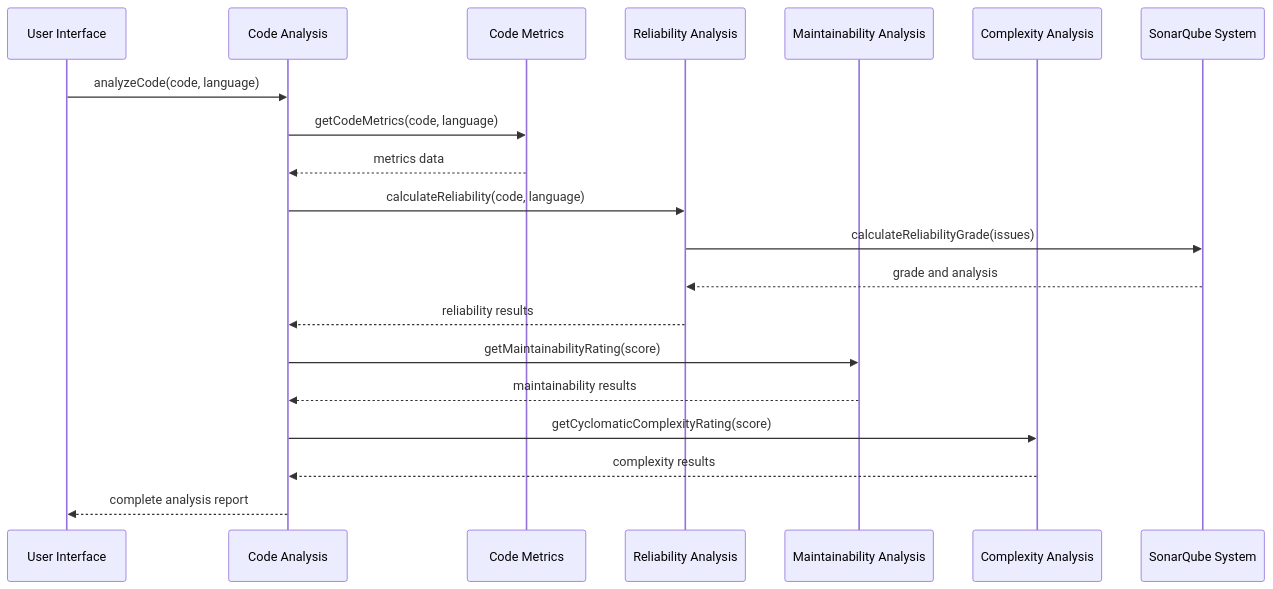
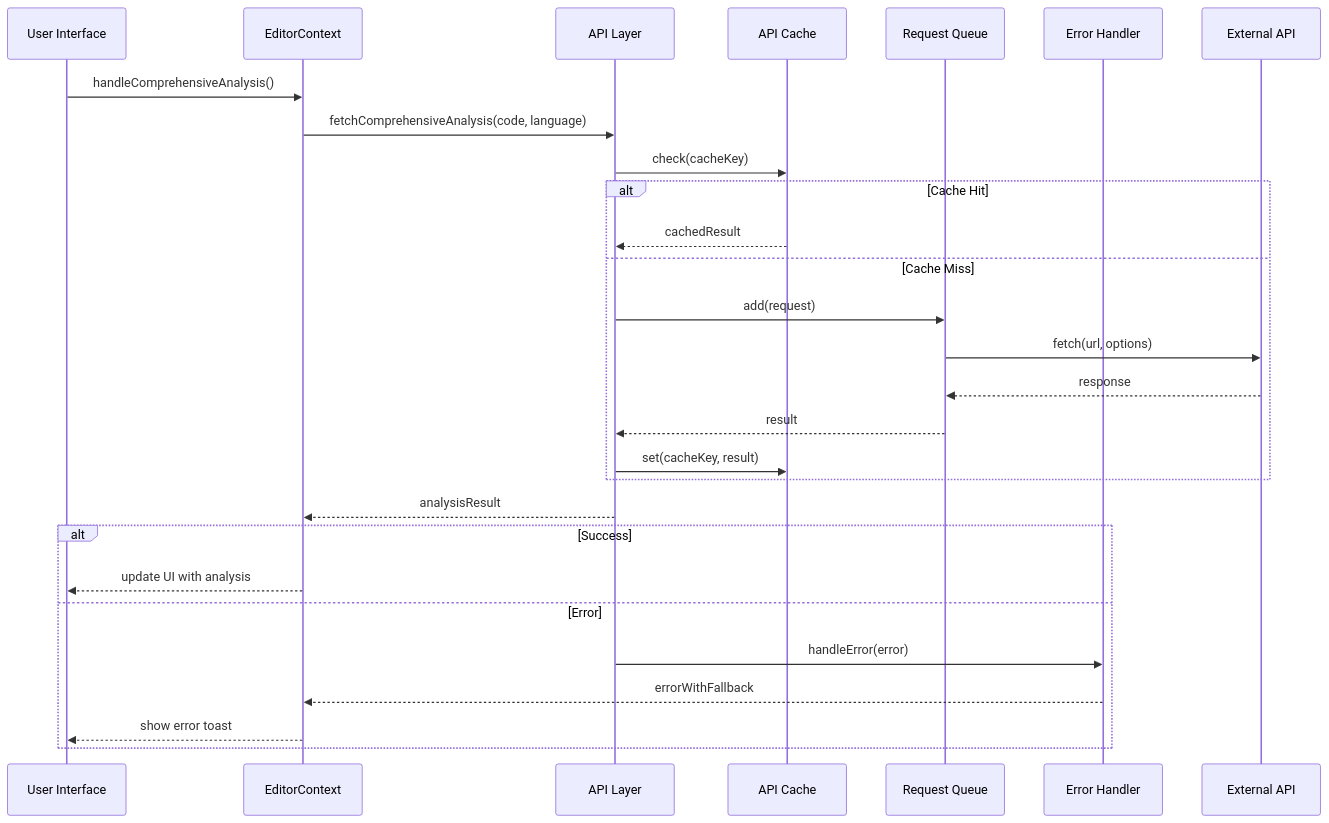
Before and after one commit to mandarborkar2304/Code-Quality-Tool: the second of 3 diagrams in docs/architecture.md, drawn with Mermaid. The commit also changed other lines of this file and 60 other files, not shown here.

First line of the commit message:
feat: add comprehensive code analysis and error handling

````diff
--- a/docs/architecture.md
+++ b/docs/architecture.md
@@ -95,27 +105,34 @@
 ```mermaid
 sequenceDiagram
     participant UI as User Interface
-    participant CA as Code Analysis
-    participant CM as Code Metrics
-    participant RA as Reliability Analysis
-    participant MA as Maintainability Analysis
-    participant CC as Complexity Analysis
-    participant SQ as SonarQube System
+    participant EC as EditorContext
+    participant API as API Layer
+    participant Cache as API Cache
+    participant Queue as Request Queue
+    participant EH as Error Handler
+    participant EA as External API
     
-    UI->>CA: analyzeCode(code, language)
-    CA->>CM: getCodeMetrics(code, language)
-    CM-->>CA: metrics data
+    UI->>EC: handleComprehensiveAnalysis()
+    EC->>API: fetchComprehensiveAnalysis(code, language)
+    API->>Cache: check(cacheKey)
     
-    CA->>RA: calculateReliability(code, language)
-    RA->>SQ: calculateReliabilityGrade(issues)
-    SQ-->>RA: grade and analysis
-    RA-->>CA: reliability results
+    alt Cache Hit
+        Cache-->>API: cachedResult
+    else Cache Miss
+        API->>Queue: add(request)
+        Queue->>EA: fetch(url, options)
+        EA-->>Queue: response
+        Queue-->>API: result
+        API->>Cache: set(cacheKey, result)
+    end
     
-    CA->>MA: getMaintainabilityRating(score)
-    MA-->>CA: maintainability results
+    API-->>EC: analysisResult
     
-    CA->>CC: getCyclomaticComplexityRating(score)
-    CC-->>CA: complexity results
-    
-    CA-->>UI: complete analysis report
+    alt Success
+        EC-->>UI: update UI with analysis
+    else Error
+        API->>EH: handleError(error)
+        EH-->>EC: errorWithFallback
+        EC-->>UI: show error toast
+    end
 ```
````
